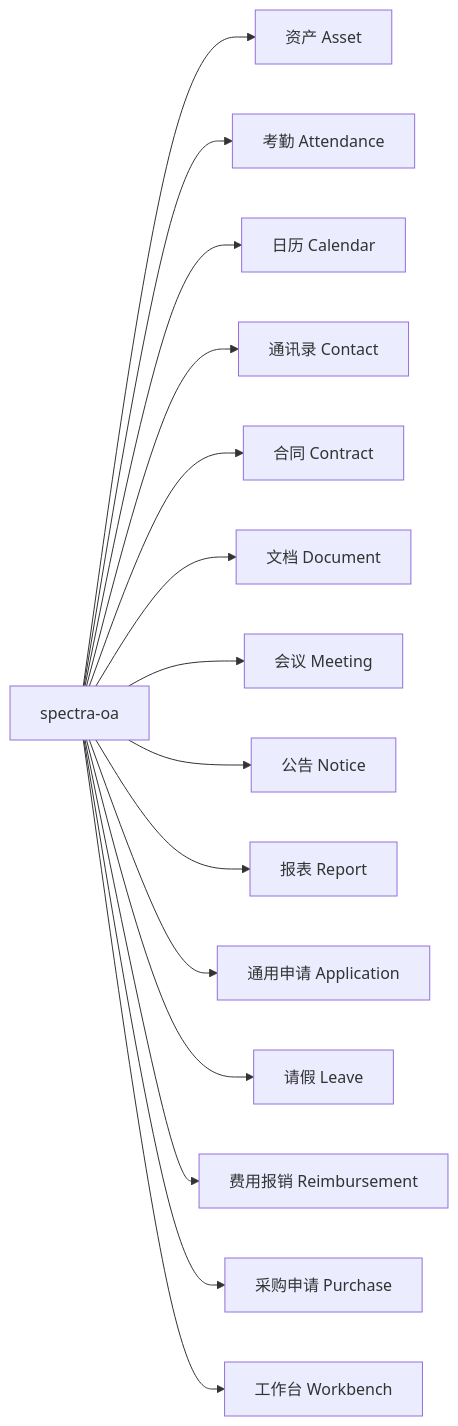
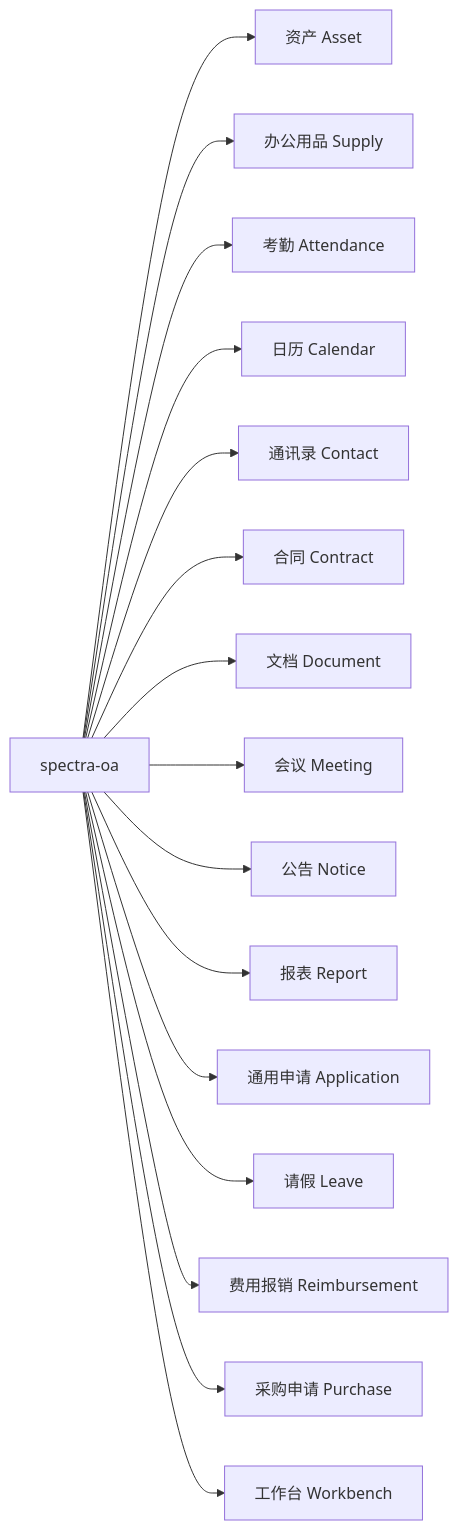
One commit to yangxj96/spectra-docs changed the diagram in docs/10-后端/40-OA模块.md. Above: the diagram before and after it, drawn with Mermaid. The commit also changed other lines of this file and 11 other files, not shown here.

````diff
--- a/docs/10-后端/40-OA模块.md
+++ b/docs/10-后端/40-OA模块.md
@@ -13,18 +13,19 @@
 ```mermaid
 graph LR
     OA["spectra-oa"]
     OA --> Asset["资产 Asset"]
+    OA --> Supply["办公用品 Supply"]
     OA --> Attendance["考勤 Attendance"]
     OA --> Calendar["日历 Calendar"]
     OA --> Contact["通讯录 Contact"]
     OA --> Contract["合同 Contract"]
     OA --> Document["文档 Document"]
     OA --> Meeting["会议 Meeting"]
     OA --> Notice["公告 Notice"]
     OA --> Report["报表 Report"]
     OA --> Application["通用申请 Application"]
     OA --> Leave["请假 Leave"]
     OA --> Reimbursement["费用报销 Reimbursement"]
     OA --> Purchase["采购申请 Purchase"]
     OA --> Workbench["工作台 Workbench"]
 ```
````
